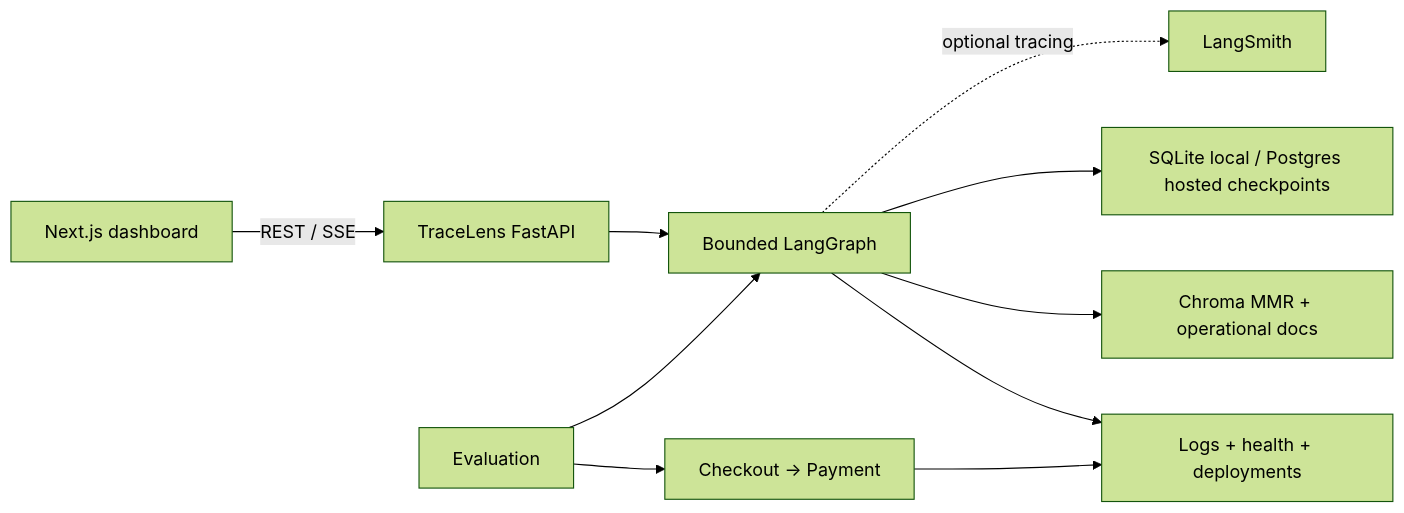
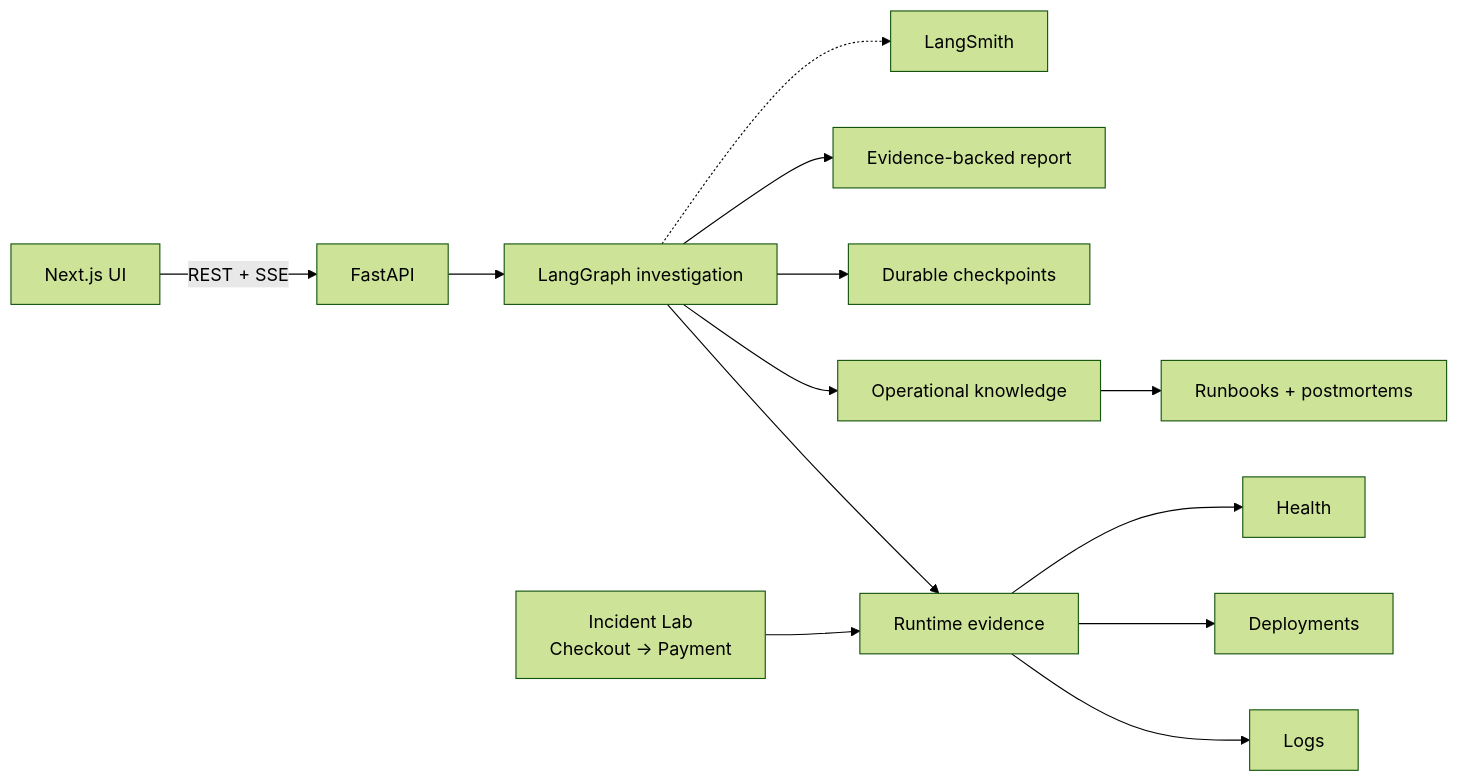
One commit to dumpydon/TraceLens changed the diagram in README.md. Above: the diagram before and after it, drawn with Mermaid (forest theme). The commit also changed other lines of this file, not shown here.

````diff
--- a/README.md
+++ b/README.md
@@ -35,12 +128,21 @@
 ```mermaid
 flowchart LR
-    Browser["Next.js dashboard"] -->|"REST / SSE"| API["TraceLens FastAPI"]
-    API --> Graph["Bounded LangGraph"]
-    Graph --> Runtime["Logs + health + deployments"]
-    Graph --> RAG["Chroma MMR + operational docs"]
-    Graph --> Checkpoints["SQLite local / Postgres hosted checkpoints"]
-    Graph -.->|"optional tracing"| LangSmith
-    Lab["Checkout → Payment"] --> Runtime
-    Evaluation --> Lab
-    Evaluation --> Graph
+    Browser["Next.js UI"] -->|"REST + SSE"| API["FastAPI"]
+
+    API --> Graph["LangGraph investigation"]
+
+    Graph --> Runtime["Runtime evidence"]
+    Graph --> RAG["Operational knowledge"]
+    Graph --> Checkpoints["Durable checkpoints"]
+
+    Runtime --> Logs["Logs"]
+    Runtime --> Deployments["Deployments"]
+    Runtime --> Health["Health"]
+
+    RAG --> Docs["Runbooks + postmortems"]
+
+    Lab["Incident Lab<br/>Checkout → Payment"] --> Runtime
+
+    Graph --> Report["Evidence-backed report"]
+    Graph -.-> LangSmith["LangSmith"]
 ```
````
